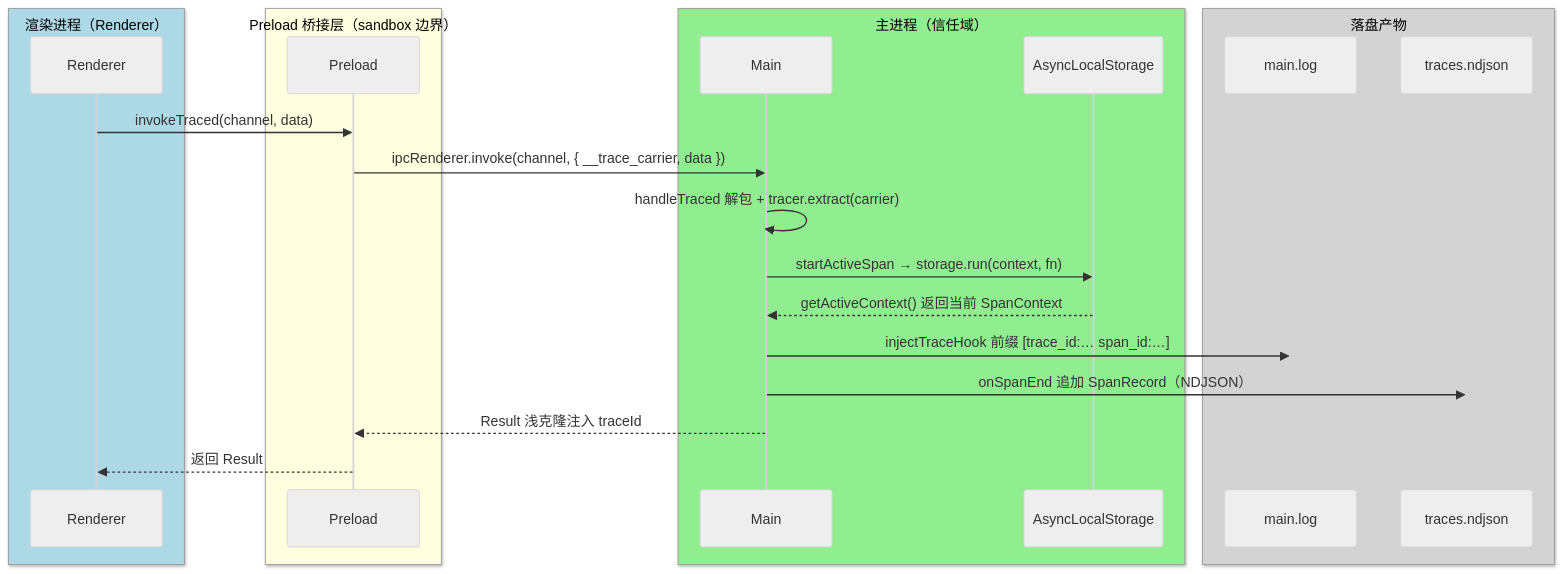
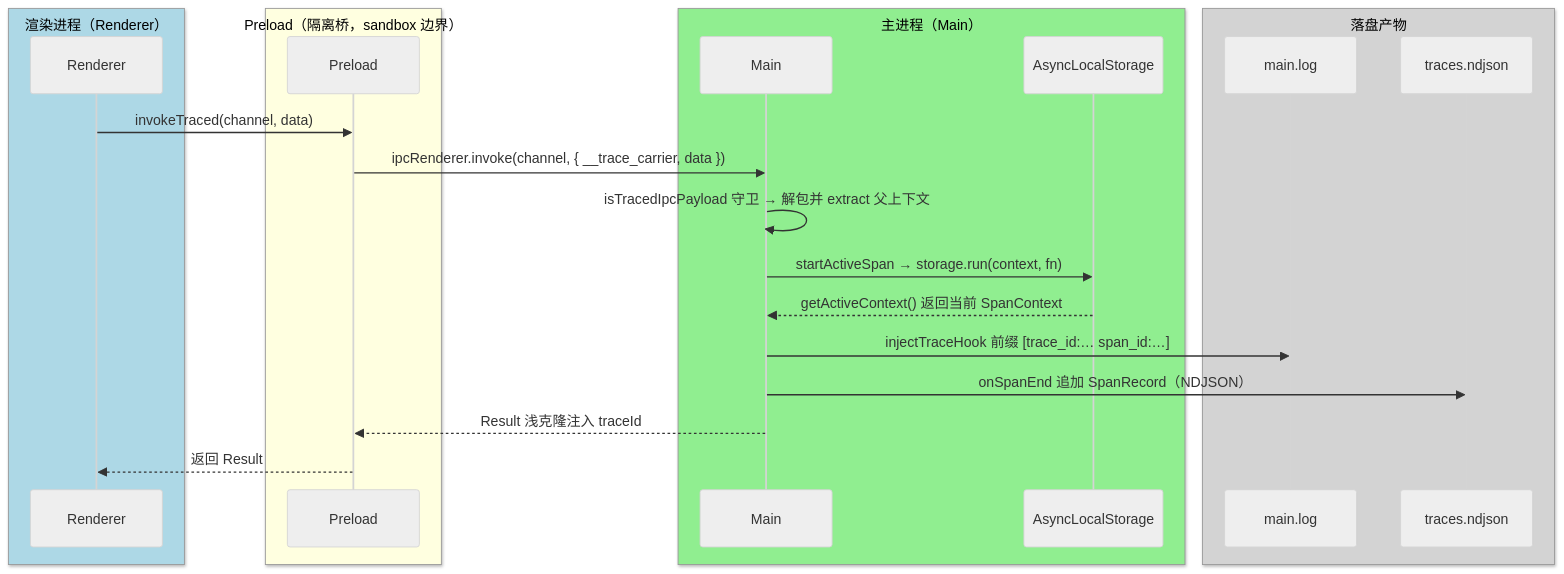
Before and after one commit to BanShan-Alec/electron-react-monorepo-template: the diagram in packages/docs/src/pages/main/tracing.md, drawn with Mermaid (neutral theme). The commit also changed other lines of this file and 45 other files, not shown here.

Commit message:
feat(docs): 重构 mermaid 图预览与放大交互，统一文档写作规范 (#77)

````diff
--- a/packages/docs/src/pages/main/tracing.md
+++ b/packages/docs/src/pages/main/tracing.md
@@ -21,27 +21,27 @@
 ```mermaid
 sequenceDiagram
     box LightBlue 渲染进程（Renderer）
         participant R as Renderer
     end
-    box LightYellow Preload 桥接层（sandbox 边界）
+    box LightYellow Preload（隔离桥，sandbox 边界）
         participant P as Preload
     end
-    box LightGreen 主进程（信任域）
+    box LightGreen 主进程（Main）
         participant M as Main
         participant ALS as AsyncLocalStorage
     end
     box LightGray 落盘产物
         participant L as main.log
         participant T as traces.ndjson
     end
 
     R->>P: invokeTraced(channel, data)
     P->>M: ipcRenderer.invoke(channel, { __trace_carrier, data })
-    M->>M: handleTraced 解包 + tracer.extract(carrier)
+    M->>M: isTracedIpcPayload 守卫 → 解包并 extract 父上下文
     M->>ALS: startActiveSpan → storage.run(context, fn)
     ALS-->>M: getActiveContext() 返回当前 SpanContext
     M->>L: injectTraceHook 前缀 [trace_id:… span_id:…]
     M->>T: onSpanEnd 追加 SpanRecord（NDJSON）
     M-->>P: Result 浅克隆注入 traceId
     P-->>R: 返回 Result
 ```
````
